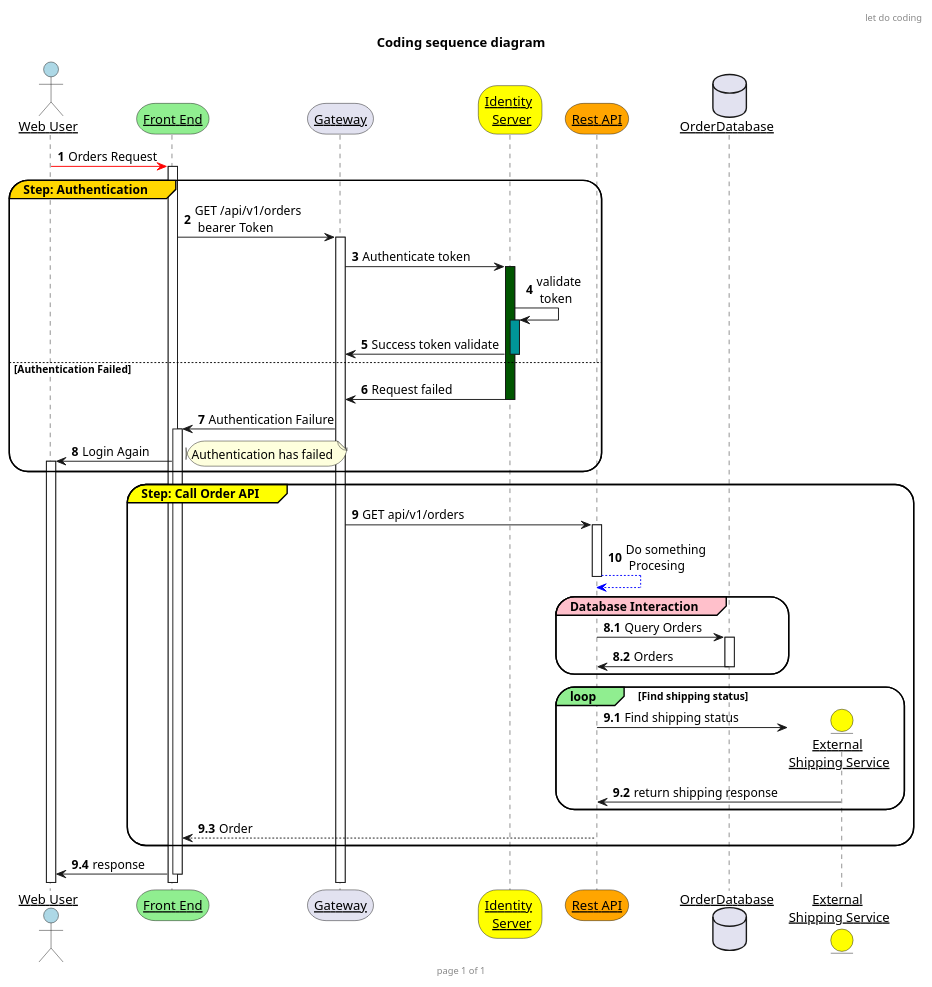
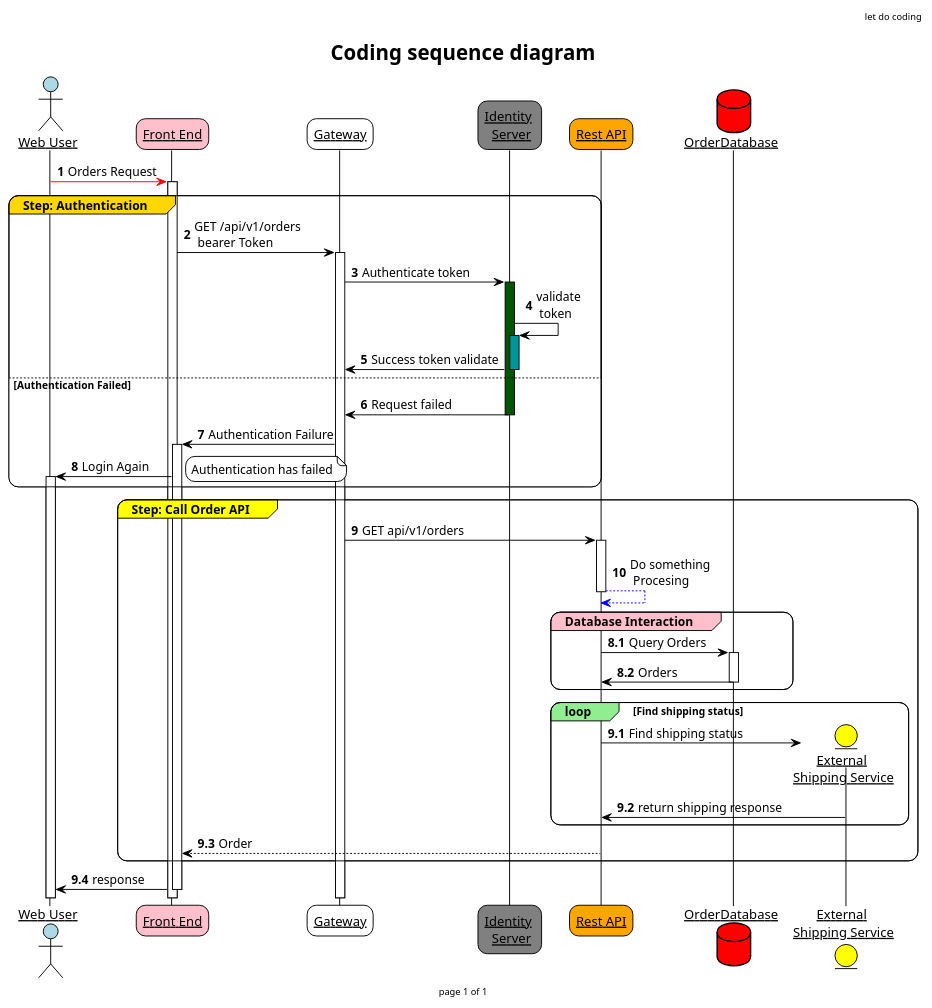
The diagram in docs/uml/PlantUML/sequence diagram/template.puml (MehmoodHashmi/Documentation-as-Code-DaC), drawn with PlantUML before and after one commit. The commit also changed 224 other files, not shown here.

```diff
--- a/docs/uml/PlantUML/sequence diagram/template.puml
+++ b/docs/uml/PlantUML/sequence diagram/template.puml
@@ -1,57 +1,59 @@
 @startuml
 
+!theme plain
+
 skinparam sequenceParticipant underline
-skinparam roundcorner 40
+skinparam roundcorner 20
  'hidefootbox
 header "let do coding"
 footer "page %page% of %lastpage%"
 title "Coding sequence diagram"
 autoactivate on
 autonumber
 
 actor "Web User" as webUser #lightblue
-participant "Front End" as Portal #lightgreen
+participant "Front End" as Portal #pink
 participant Gateway
-participant "Identity \n Server" as IdentityServer #yellow
+participant "Identity \n Server" as IdentityServer #grey
 participant "Rest API" as RestAPI #orange
-database OrderDatabase
+database OrderDatabase #red
 entity "External \nShipping Service" as ExternalShippingService #yellow
 
 webUser -[#red]> Portal ++ : Orders Request
 group#gold  Step: Authentication
     Portal  ->  Gateway   ++ : GET /api/v1/orders\n bearer Token
 '
     Gateway -> IdentityServer #005500 : Authenticate token
     IdentityServer -> IdentityServer #009599: validate\n token
     IdentityServer -> Gateway -- : Success token validate
 else Authentication Failed
     IdentityServer -> Gateway -- : Request failed
     Gateway -> Portal : Authentication Failure
     Portal -> webUser : Login Again
     note right : Authentication has failed
 
 end
 
 group#yellow Step: Call Order API
     Gateway -> RestAPI ++: GET api/v1/orders
     RestAPI --[#blue]> RestAPI : Do something \n Procesing
     group#pink Database Interaction
     autonumber 8.1
         RestAPI -> OrderDatabase ++ : Query Orders
         OrderDatabase -> RestAPI -- : Orders
     end
 
     'loop
     autonumber inc
     loop#lightgreen Find shipping status
         RestAPI -> ExternalShippingService  ** : Find shipping status
         ExternalShippingService -> RestAPI -- : return shipping response
     end
 
     RestAPI --> Portal -- : Order
 
 end
 
 Portal  ->  webUser   -- : response
 
 @enduml
```
